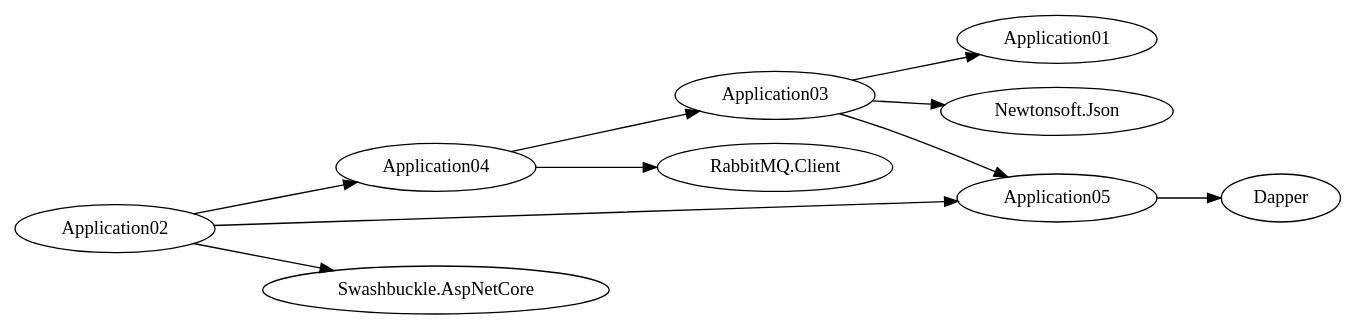
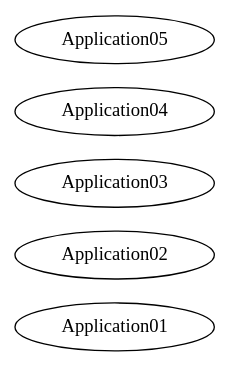
One commit to eduardocf/ADM changed the diagram in dependency_graph.dot. Above: the diagram before and after it, drawn with Graphviz. The commit also changed 3 other files, not shown here.

```diff
--- a/dependency_graph.dot
+++ b/dependency_graph.dot
@@ -1,12 +1,8 @@
 digraph Dependencies {
   rankdir=LR;
-  "Application02" -> "Application04";
-  "Application02" -> "Application05";
-  "Application02" -> "Swashbuckle.AspNetCore";
-  "Application03" -> "Application01";
-  "Application03" -> "Application05";
-  "Application03" -> "Newtonsoft.Json";
-  "Application04" -> "Application03";
-  "Application04" -> "RabbitMQ.Client";
-  "Application05" -> "Dapper";
+  "Application01";
+  "Application02";
+  "Application03";
+  "Application04";
+  "Application05";
 }
```
